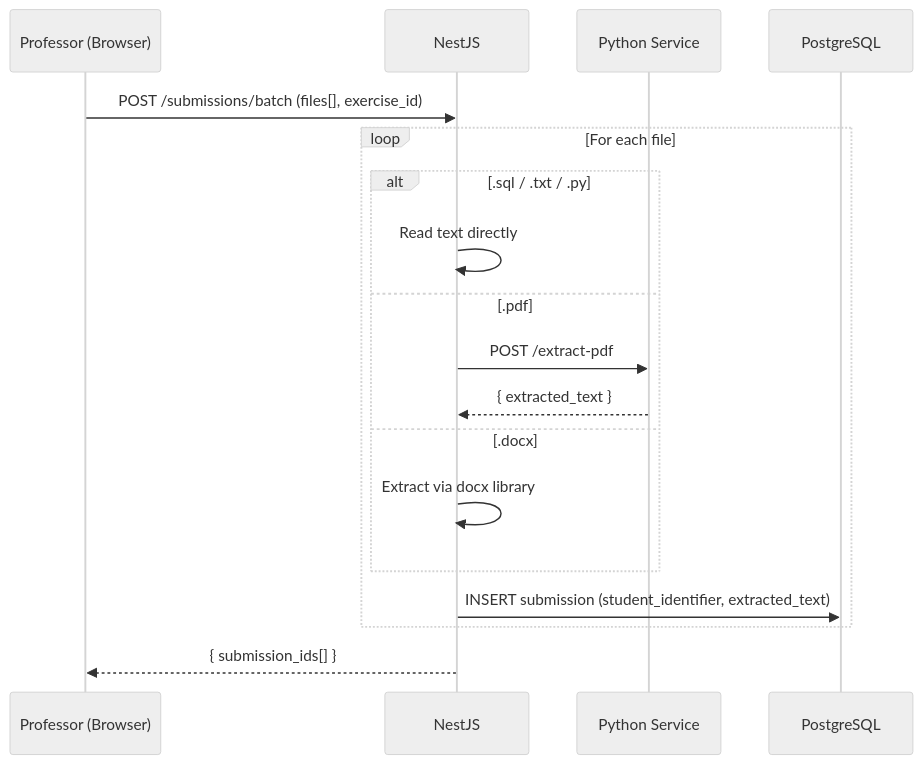
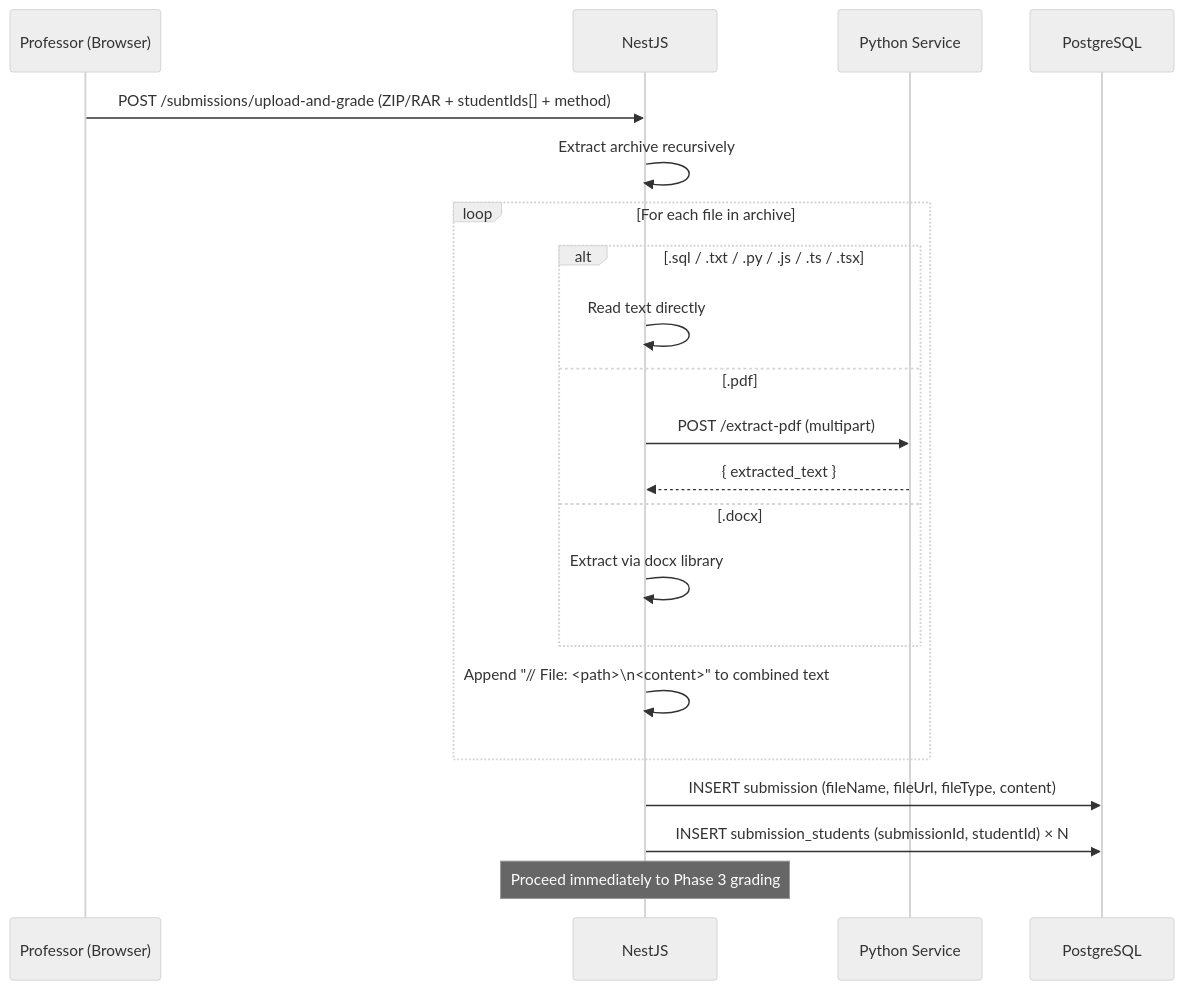
Before and after one commit to souleles/LLMexam: the third of 4 diagrams in docs/architecture.md, drawn with Mermaid (neutral theme). The commit also changed other lines of this file and 5 other files, not shown here.

````diff
--- a/docs/architecture.md
+++ b/docs/architecture.md
@@ -84,21 +114,24 @@
 ```mermaid
 sequenceDiagram
     participant P as Professor (Browser)
     participant N as NestJS
     participant Py as Python Service
     participant DB as PostgreSQL
 
-    P->>N: POST /submissions/batch (files[], exercise_id)
-    loop For each file
-        alt .sql / .txt / .py
+    P->>N: POST /submissions/upload-and-grade (ZIP/RAR + studentIds[] + method)
+    N->>N: Extract archive recursively
+    loop For each file in archive
+        alt .sql / .txt / .py / .js / .ts / .tsx
             N->>N: Read text directly
         else .pdf
-            N->>Py: POST /extract-pdf
+            N->>Py: POST /extract-pdf (multipart)
             Py-->>N: { extracted_text }
         else .docx
             N->>N: Extract via docx library
         end
-        N->>DB: INSERT submission (student_identifier, extracted_text)
+        N->>N: Append "// File: <path>\n<content>" to combined text
     end
-    N-->>P: { submission_ids[] }
+    N->>DB: INSERT submission (fileName, fileUrl, fileType, content)
+    N->>DB: INSERT submission_students (submissionId, studentId) × N
+    note over N: Proceed immediately to Phase 3 grading
 ```
````
